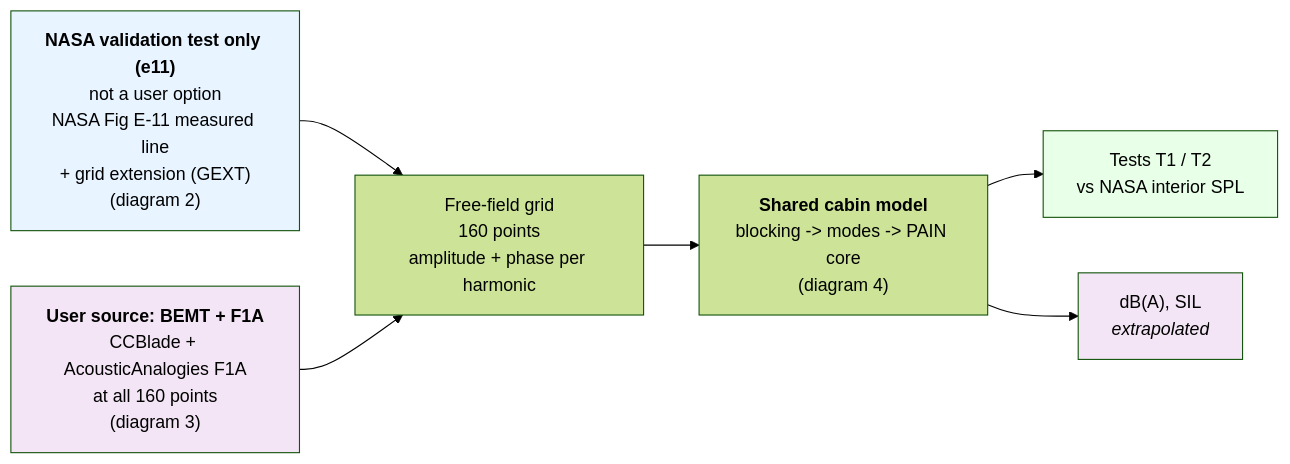
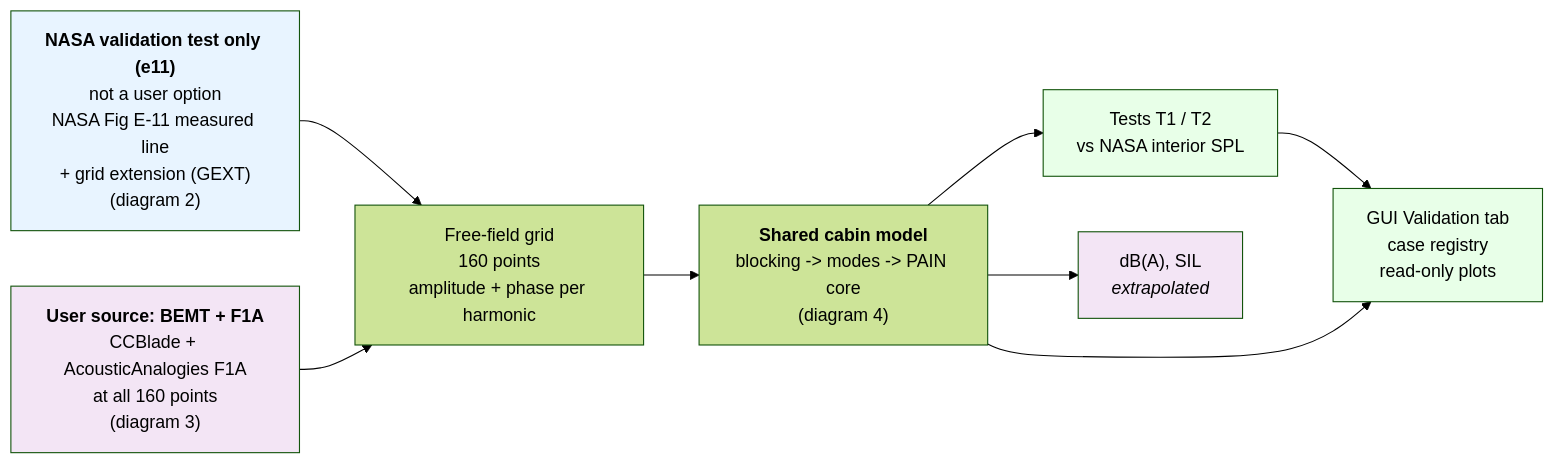
The first of 4 diagrams in rea-work/docs/flowchart.md (hoangf1/PAIN), drawn with Mermaid (forest theme) before and after one commit. The commit also changed other lines of this file and 53 other files, not shown here.

````diff
--- a/rea-work/docs/flowchart.md
+++ b/rea-work/docs/flowchart.md
@@ -20,20 +20,24 @@
 ```mermaid
 flowchart LR
     V["<b>NASA validation test only (e11)</b><br/>not a user option<br/>NASA Fig E-11 measured line<br/>+ grid extension (GEXT)<br/>(diagram 2)"]
     A["<b>User source: BEMT + F1A</b><br/>CCBlade + AcousticAnalogies F1A<br/>at all 160 points<br/>(diagram 3)"]
     G["Free-field grid<br/>160 points<br/>amplitude + phase per harmonic"]
     S["<b>Shared cabin model</b><br/>blocking -> modes -> PAIN core<br/>(diagram 4)"]
     T["Tests T1 / T2<br/>vs NASA interior SPL"]
     M["dB(A), SIL<br/><i>extrapolated</i>"]
+    GUI["GUI Validation tab<br/>case registry<br/>read-only plots"]
 
     V --> G
     A --> G
     G --> S
     S --> T
     S --> M
+    T --> GUI
+    S --> GUI
 
     style V fill:#e8f4ff
     style A fill:#f3e5f5
     style T fill:#e8ffe8
     style M fill:#f3e5f5
+    style GUI fill:#e8ffe8
 ```
````
